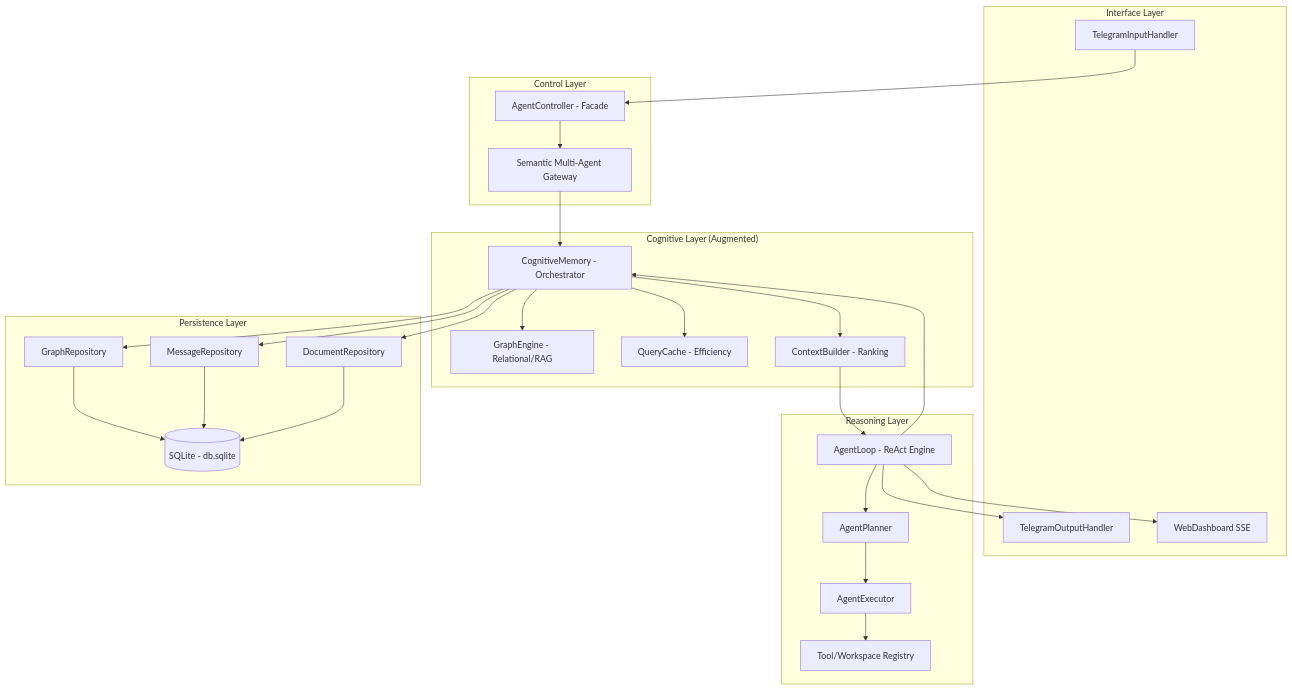
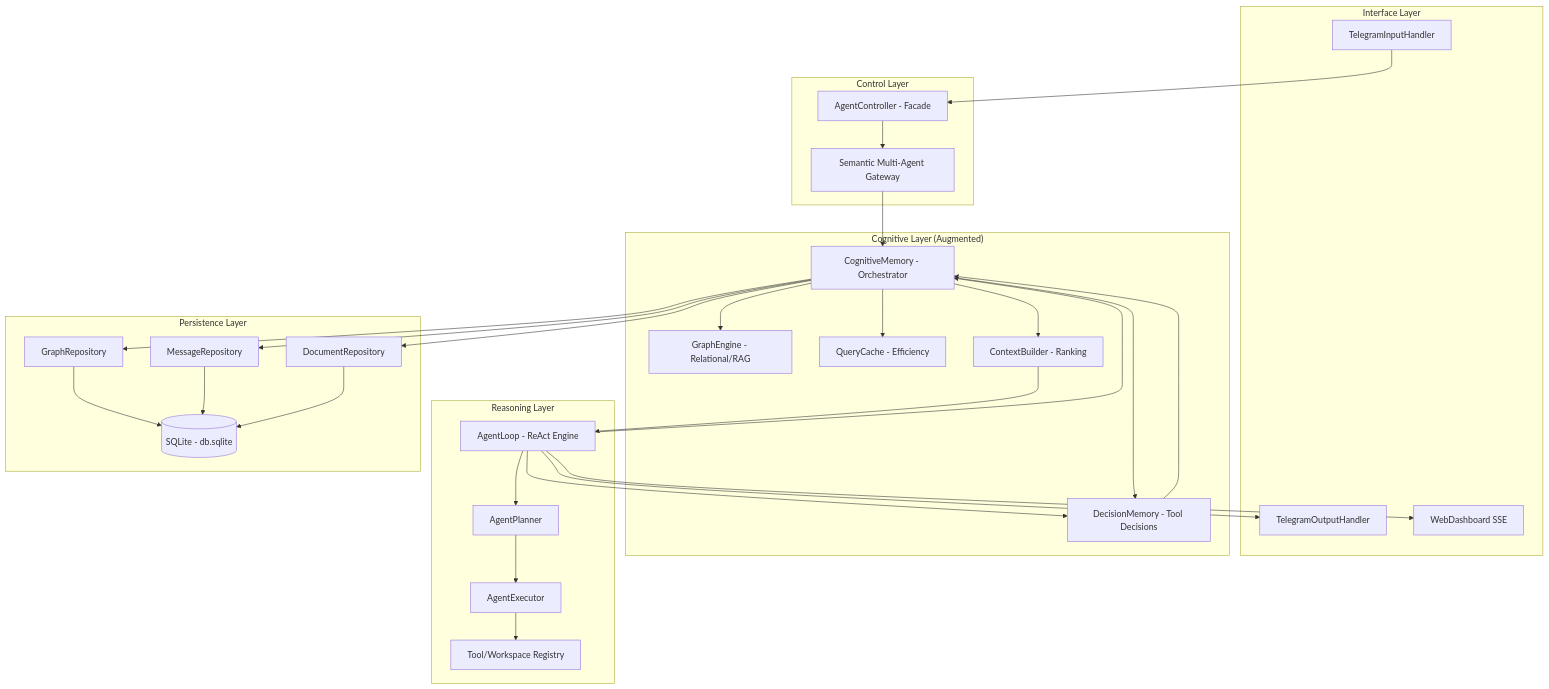
One commit to rovanni/IalClaw changed the first of 4 diagrams in specs/architecture.md. Above: the diagram before and after it, drawn with Mermaid. The commit also changed other lines of this file and 2 other files, not shown here.

Commit message:
feat: implement DecisionMemory for persistent tool execution tracking and document v3.0 cognitive architecture specifications

````diff
--- a/specs/architecture.md
+++ b/specs/architecture.md
@@ -60,61 +61,65 @@
 ```mermaid
 graph TB
 
     subgraph "Interface Layer"
         InputH[TelegramInputHandler]
         OutputH[TelegramOutputHandler]
         Dash[WebDashboard SSE]
     end
 
     subgraph "Control Layer"
         Controller[AgentController - Facade]
         Gateway[Semantic Multi-Agent Gateway]
     end
 
     subgraph "Cognitive Layer (Augmented)"
         CogMem[CognitiveMemory - Orchestrator]
         GraphE[GraphEngine - Relational/RAG]
         QueryC[QueryCache - Efficiency]
         CtxB[ContextBuilder - Ranking]
+        DecMem[DecisionMemory - Tool Decisions]
     end
 
     subgraph "Reasoning Layer"
         Loop[AgentLoop - ReAct Engine]
         Planner[AgentPlanner]
         Executor[AgentExecutor]
         Tools[Tool/Workspace Registry]
     end
 
     subgraph "Persistence Layer"
         DB[(SQLite - db.sqlite)]
         DocsR[DocumentRepository]
         GraphR[GraphRepository]
         MsgR[MessageRepository]
     end
 
     InputH --> Controller
     Controller --> Gateway
     Gateway --> CogMem
+    CogMem --> DecMem
+    Loop --> DecMem
+    DecMem --> CogMem
 
     CogMem --> QueryC
     CogMem --> GraphE
     CogMem --> DocsR
     CogMem --> CtxB
 
     CtxB --> Loop
 
     Loop --> Planner
     Planner --> Executor
     Executor --> Tools
     Loop --> CogMem
 
     CogMem --> GraphR
     CogMem --> MsgR
 
     GraphR --> DB
     MsgR --> DB
     DocsR --> DB
 
     Loop --> OutputH
     Loop --> Dash
 ```
````
